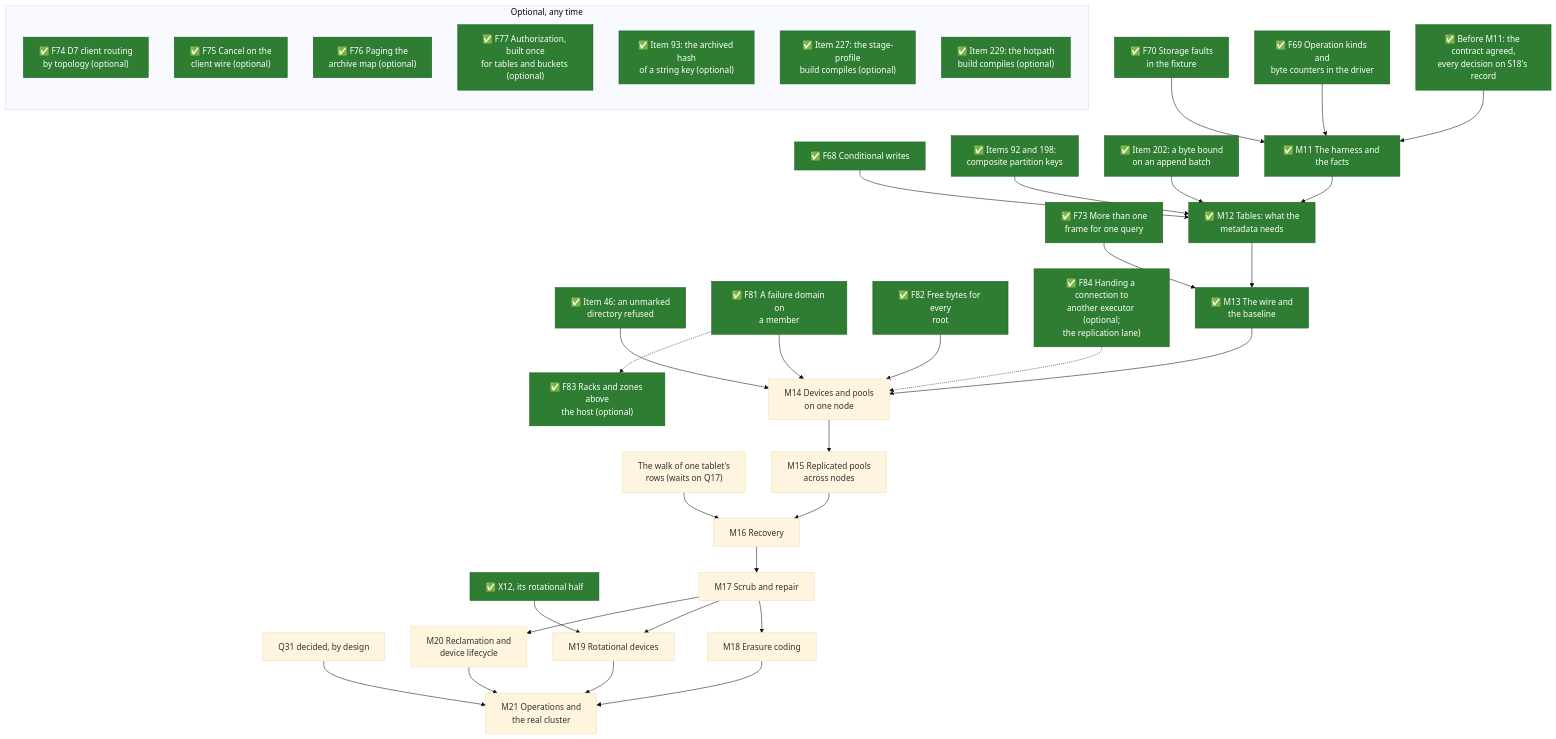
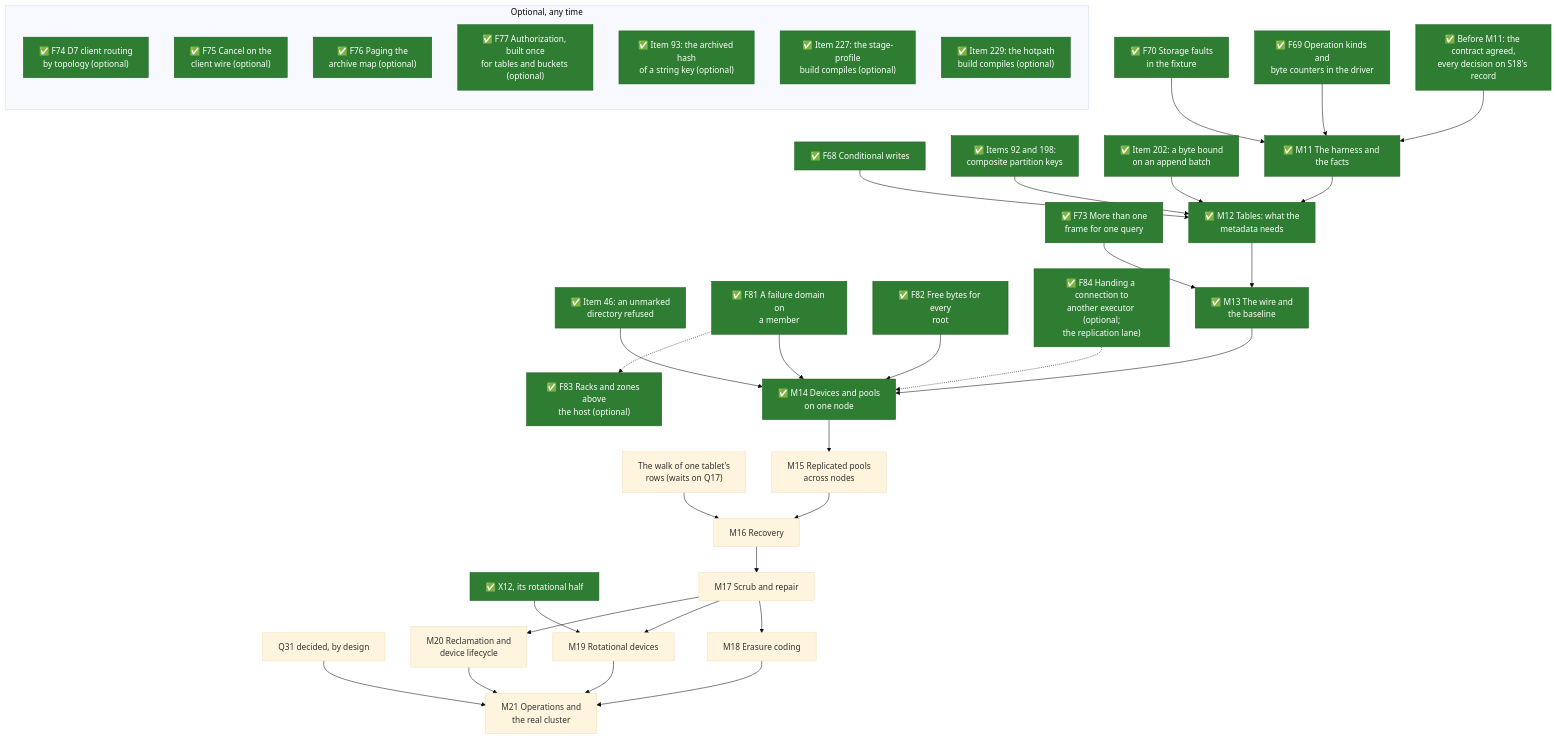
One commit to mjcarson/shoal changed the second of 2 diagrams in docs/src/object-storage/whats-left-todo.md. Above: the diagram before and after it, drawn with Mermaid (base theme). The commit also changed other lines of this file and 113 other files, not shown here.

````diff
--- a/docs/src/object-storage/whats-left-todo.md
+++ b/docs/src/object-storage/whats-left-todo.md
@@ -159,59 +161,59 @@
 ```mermaid
 flowchart TB
     classDef done fill:#2e7d32,stroke:#1b5e20,color:#ffffff
     classDef optional stroke-dasharray: 5 5
     Gate["✅ Before M11: the contract agreed,<br>every decision on S18's record"]:::done
     F69["✅ F69 Operation kinds and<br>byte counters in the driver"]:::done
     F70["✅ F70 Storage faults<br>in the fixture"]:::done
     F68["✅ F68 Conditional writes"]:::done
     I198["✅ Items 92 and 198:<br>composite partition keys"]:::done
     I202["✅ Item 202: a byte bound<br>on an append batch"]:::done
     I46["✅ Item 46: an unmarked<br>directory refused"]:::done
     Frames["✅ F73 More than one<br>frame for one query"]:::done
     Domain["✅ F81 A failure domain on<br>a member"]:::done
     Free["✅ F82 Free bytes for every<br>root"]:::done
     Walk["The walk of one tablet's<br>rows (waits on Q17)"]
     Handoff["✅ F84 Handing a connection to<br>another executor (optional;<br>the replication lane)"]:::done
     Rack["✅ F83 Racks and zones above<br>the host (optional)"]:::done
     X12r["✅ X12, its rotational half"]:::done
     Q31["Q31 decided, by design"]
     M11["✅ M11 The harness and the facts"]:::done
     M12["✅ M12 Tables: what the<br>metadata needs"]:::done
     M13["✅ M13 The wire and<br>the baseline"]:::done
-    M14["M14 Devices and pools<br>on one node"]
+    M14["✅ M14 Devices and pools<br>on one node"]:::done
     M15["M15 Replicated pools<br>across nodes"]
     M16["M16 Recovery"]
     M17["M17 Scrub and repair"]
     M18["M18 Erasure coding"]
     M19["M19 Rotational devices"]
     M20["M20 Reclamation and<br>device lifecycle"]
     M21["M21 Operations and<br>the real cluster"]
     Gate --> M11 --> M12 --> M13 --> M14 --> M15 --> M16 --> M17
     M17 --> M18 --> M21
     M17 --> M19 --> M21
     M17 --> M20 --> M21
     F69 --> M11
     F70 --> M11
     F68 --> M12
     I198 --> M12
     I202 --> M12
     Frames --> M13
     I46 --> M14
     Domain --> M14
     Free --> M14
     Handoff -.-> M14
     Domain -.-> Rack
     Walk --> M16
     X12r --> M19
     Q31 --> M21
     subgraph anytime["Optional, any time"]
         direction TB
         D7["✅ F74 D7 client routing<br>by topology (optional)"]:::done
         Cancel["✅ F75 Cancel on the<br>client wire (optional)"]:::done
         Paging["✅ F76 Paging the<br>archive map (optional)"]:::done
         Authz["✅ F77 Authorization, built once<br>for tables and buckets (optional)"]:::done
         I93["✅ Item 93: the archived hash<br>of a string key (optional)"]:::done
         I227["✅ Item 227: the stage-profile<br>build compiles (optional)"]:::done
         I229["✅ Item 229: the hotpath<br>build compiles (optional)"]:::done
     end
 ```
````
